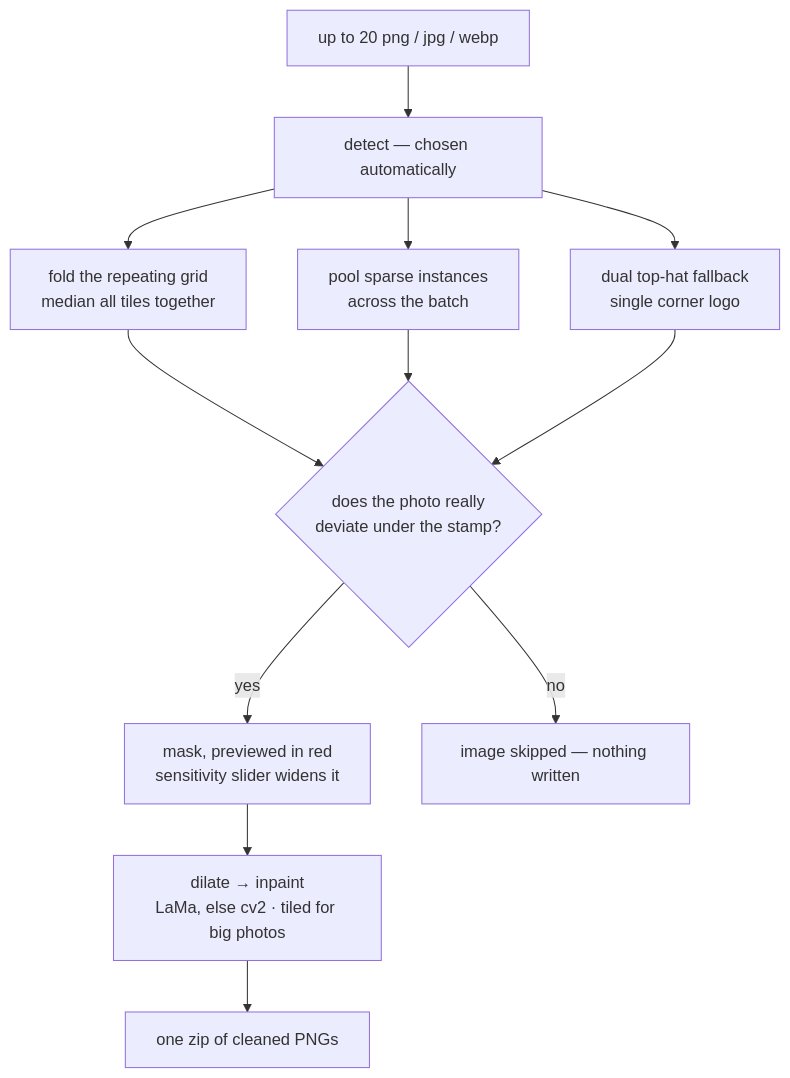
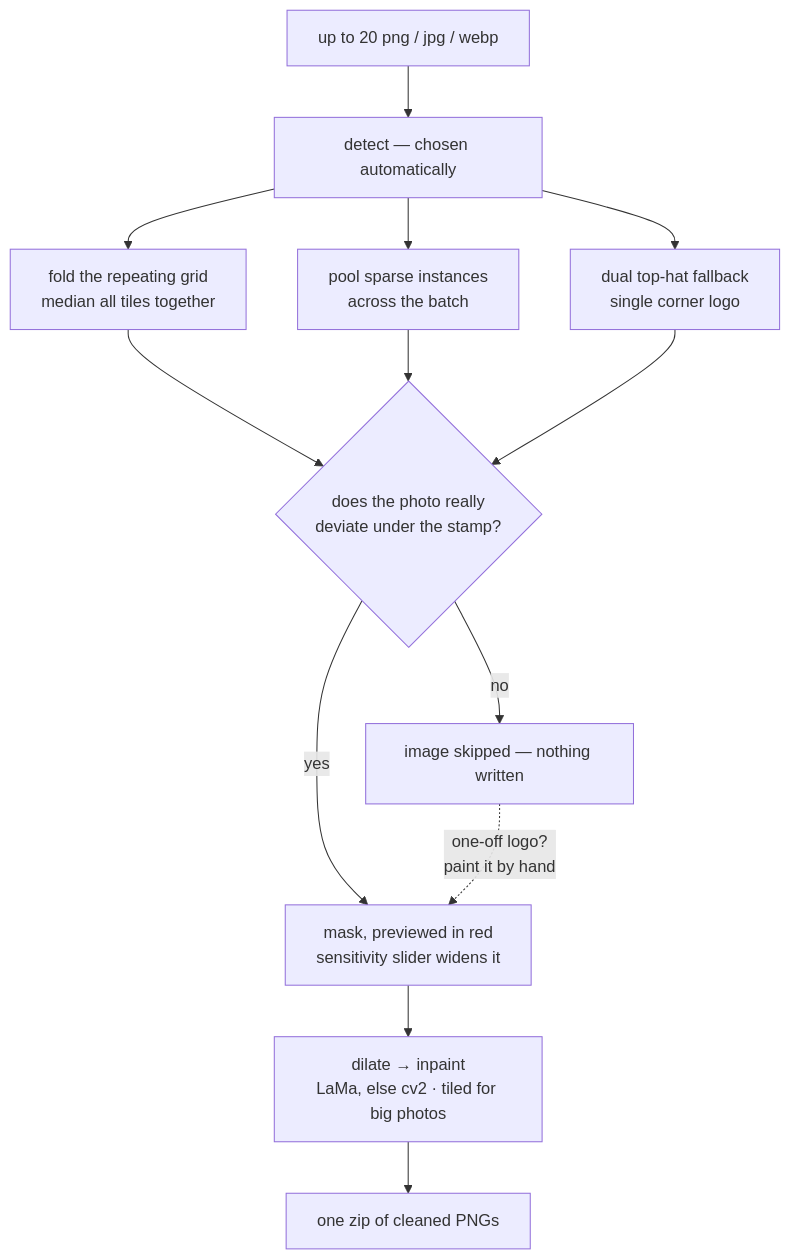
One commit to WainingCeoi/toolkit changed the fourth of 4 diagrams in README.md. Above: the diagram before and after it, drawn with Mermaid. The commit also changed other lines of this file and 8 other files, not shown here.

````diff
--- a/README.md
+++ b/README.md
@@ -222,14 +222,15 @@
 ```mermaid
 flowchart TD
     A["up to 20 png / jpg / webp"] --> D["detect — chosen automatically"]
     D --> D1["fold the repeating grid<br/>median all tiles together"]
     D --> D2["pool sparse instances<br/>across the batch"]
     D --> D3["dual top-hat fallback<br/>single corner logo"]
     D1 --> V{"does the photo really<br/>deviate under the stamp?"}
     D2 --> V
     D3 --> V
     V -- yes --> M["mask, previewed in red<br/>sensitivity slider widens it"]
     V -- no --> K["image skipped — nothing written"]
+    K -. "one-off logo?<br/>paint it by hand" .-> M
     M --> I["dilate → inpaint<br/>LaMa, else cv2 · tiled for big photos"]
     I --> Z["one zip of cleaned PNGs"]
 ```
````
